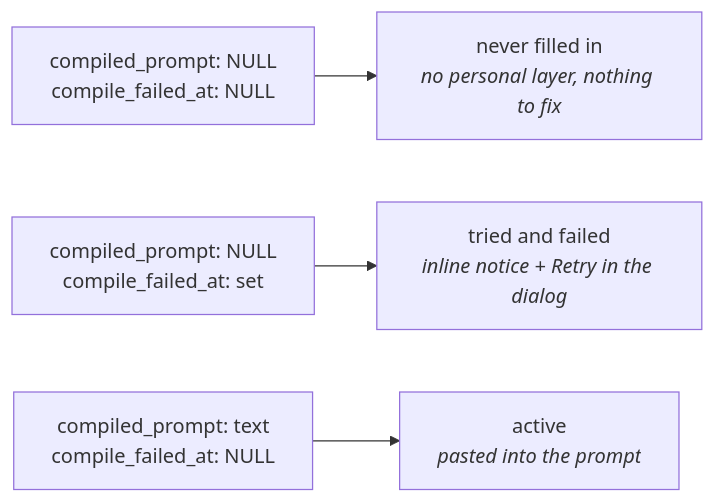
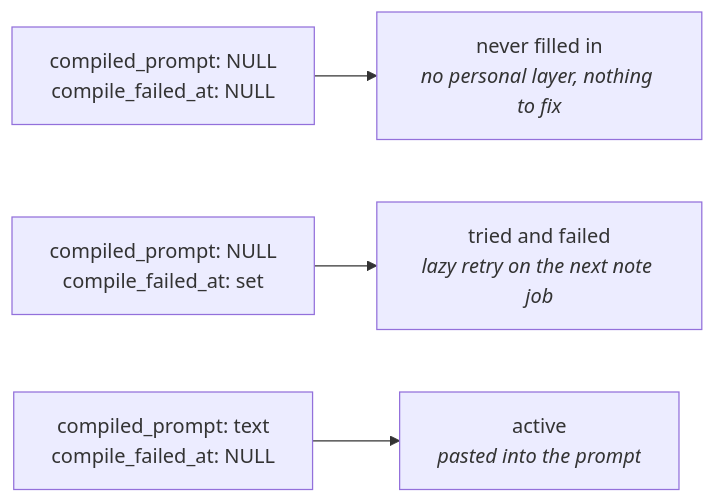
The tenth of 16 diagrams in FLOW.md (karlwehbe/AI-Note-taker), drawn with Mermaid before and after one commit. The commit also changed other lines of this file and 1 other file, not shown here.

Commit message:
Updated README.md and FLOW.md

````diff
--- a/FLOW.md
+++ b/FLOW.md
@@ -401,6 +417,6 @@
 ```mermaid
 flowchart LR
   A["compiled_prompt: NULL<br/>compile_failed_at: NULL"] --> A2["never filled in<br/><i>no personal layer, nothing to fix</i>"]
-  B["compiled_prompt: NULL<br/>compile_failed_at: set"] --> B2["tried and failed<br/><i>inline notice + Retry in the dialog</i>"]
+  B["compiled_prompt: NULL<br/>compile_failed_at: set"] --> B2["tried and failed<br/><i>lazy retry on the next note job</i>"]
   C["compiled_prompt: text<br/>compile_failed_at: NULL"] --> C2["active<br/><i>pasted into the prompt</i>"]
 ```
````
